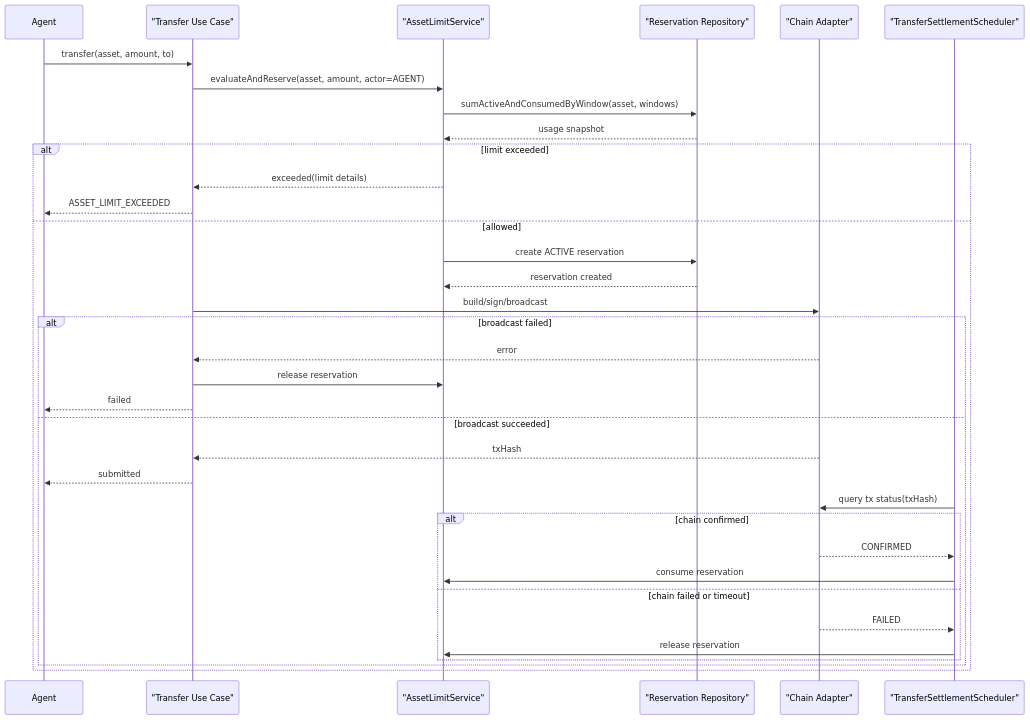
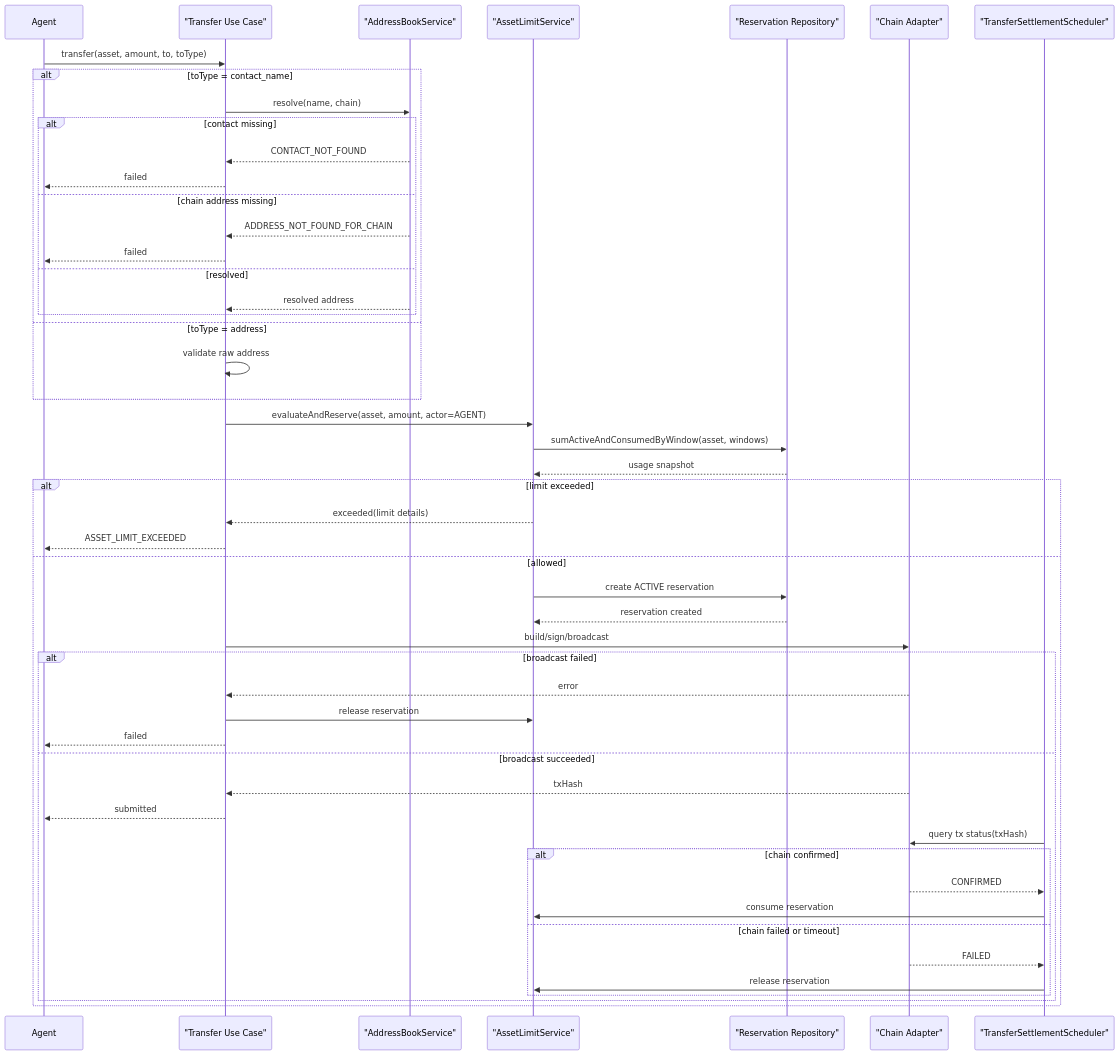
One commit to appfi5/SupeRISE-for-agent changed the diagram in design/architecture/06-wallet-domain-and-use-cases.md. Above: the diagram before and after it, drawn with Mermaid. The commit also changed other lines of this file and 10 other files, not shown here.

Commit message:
docs(architecture): define address book lookup and transfer resolution

````diff
--- a/design/architecture/06-wallet-domain-and-use-cases.md
+++ b/design/architecture/06-wallet-domain-and-use-cases.md
@@ -392,38 +574,54 @@
 ```mermaid
 sequenceDiagram
     participant Agent
     participant Transfer as "Transfer Use Case"
+    participant Book as "AddressBookService"
     participant Limit as "AssetLimitService"
     participant Repo as "Reservation Repository"
     participant Chain as "Chain Adapter"
     participant Scheduler as "TransferSettlementScheduler"
 
-    Agent->>Transfer: transfer(asset, amount, to)
+    Agent->>Transfer: transfer(asset, amount, to, toType)
+    alt toType = contact_name
+        Transfer->>Book: resolve(name, chain)
+        alt contact missing
+            Book-->>Transfer: CONTACT_NOT_FOUND
+            Transfer-->>Agent: failed
+        else chain address missing
+            Book-->>Transfer: ADDRESS_NOT_FOUND_FOR_CHAIN
+            Transfer-->>Agent: failed
+        else resolved
+            Book-->>Transfer: resolved address
+        end
+    else toType = address
+        Transfer->>Transfer: validate raw address
+    end
+
     Transfer->>Limit: evaluateAndReserve(asset, amount, actor=AGENT)
     Limit->>Repo: sumActiveAndConsumedByWindow(asset, windows)
     Repo-->>Limit: usage snapshot
     alt limit exceeded
         Limit-->>Transfer: exceeded(limit details)
         Transfer-->>Agent: ASSET_LIMIT_EXCEEDED
     else allowed
         Limit->>Repo: create ACTIVE reservation
         Repo-->>Limit: reservation created
         Transfer->>Chain: build/sign/broadcast
         alt broadcast failed
             Chain-->>Transfer: error
             Transfer->>Limit: release reservation
             Transfer-->>Agent: failed
         else broadcast succeeded
             Chain-->>Transfer: txHash
             Transfer-->>Agent: submitted
             Scheduler->>Chain: query tx status(txHash)
             alt chain confirmed
                 Chain-->>Scheduler: CONFIRMED
                 Scheduler->>Limit: consume reservation
             else chain failed or timeout
                 Chain-->>Scheduler: FAILED
                 Scheduler->>Limit: release reservation
             end
         end
     end
 ```
````
